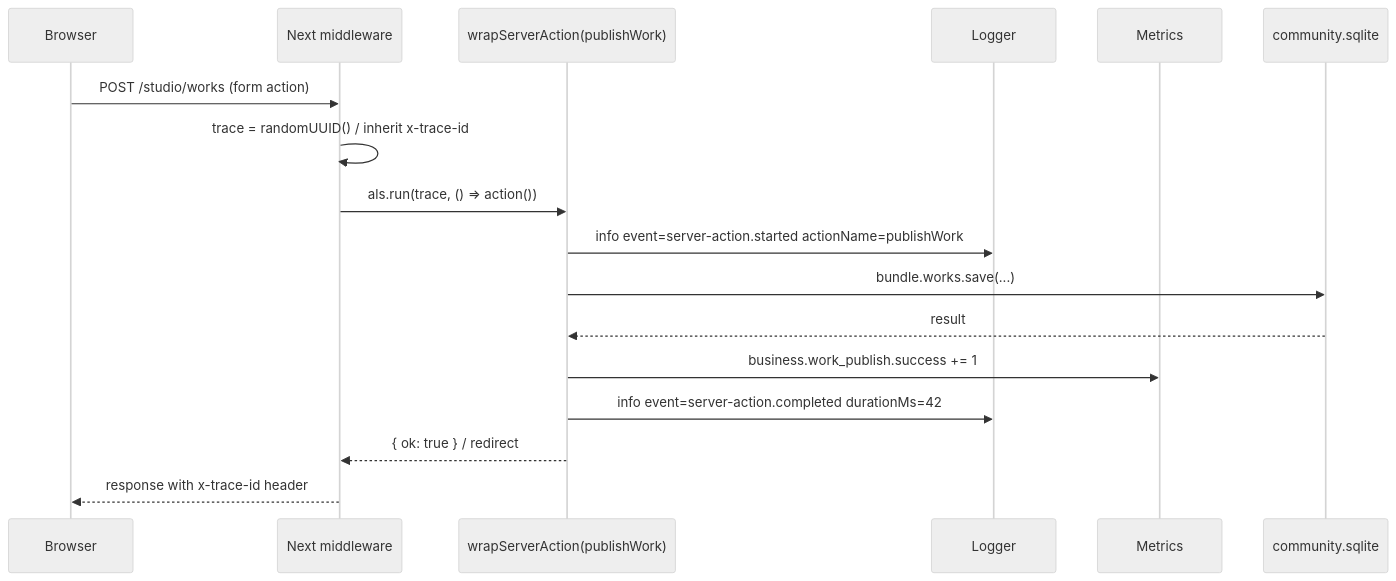
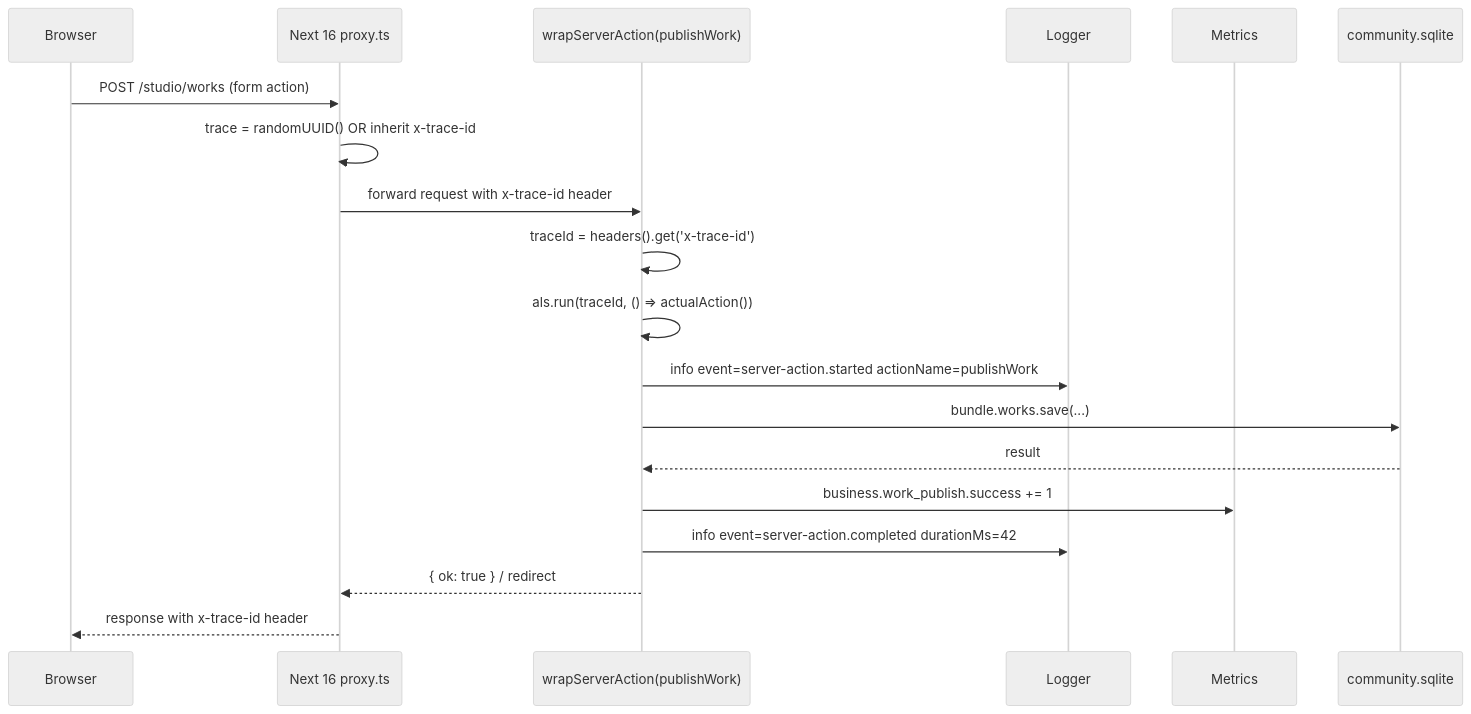
One commit to hujianbest/ins-app changed the second of 5 diagrams in docs/designs/2026-04-19-observability-ops-v1-design.md. Above: the diagram before and after it, drawn with Mermaid (neutral theme). The commit also changed other lines of this file and 3 other files, not shown here.

````diff
--- a/docs/designs/2026-04-19-observability-ops-v1-design.md
+++ b/docs/designs/2026-04-19-observability-ops-v1-design.md
@@ -157,20 +163,22 @@
 ```mermaid
 sequenceDiagram
   participant Browser
-  participant Middleware as Next middleware
+  participant Proxy as Next 16 proxy.ts
   participant Action as wrapServerAction(publishWork)
   participant Logger
   participant Metrics
   participant Repo as community.sqlite
 
-  Browser->>Middleware: POST /studio/works (form action)
-  Middleware->>Middleware: trace = randomUUID() / inherit x-trace-id
-  Middleware->>Action: als.run(trace, () => action())
+  Browser->>Proxy: POST /studio/works (form action)
+  Proxy->>Proxy: trace = randomUUID() OR inherit x-trace-id
+  Proxy->>Action: forward request with x-trace-id header
+  Action->>Action: traceId = headers().get('x-trace-id')
+  Action->>Action: als.run(traceId, () => actualAction())
   Action->>Logger: info event=server-action.started actionName=publishWork
   Action->>Repo: bundle.works.save(...)
   Repo-->>Action: result
   Action->>Metrics: business.work_publish.success += 1
   Action->>Logger: info event=server-action.completed durationMs=42
-  Action-->>Middleware: { ok: true } / redirect
-  Middleware-->>Browser: response with x-trace-id header
+  Action-->>Proxy: { ok: true } / redirect
+  Proxy-->>Browser: response with x-trace-id header
 ```
````
